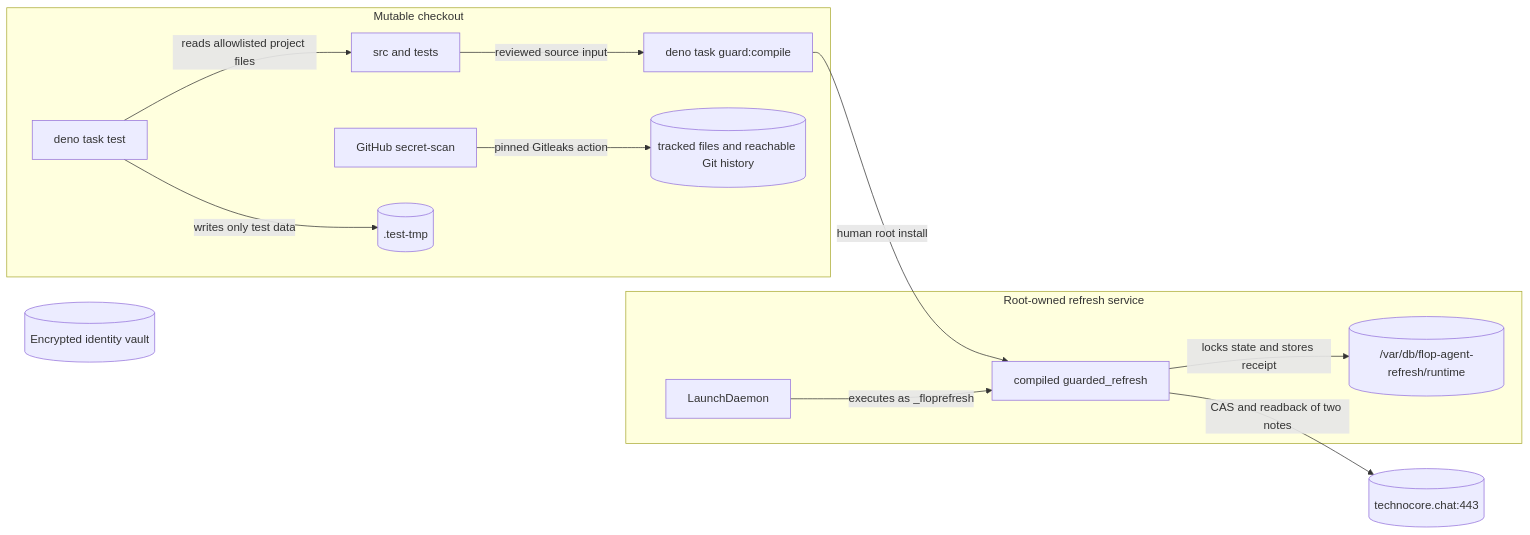
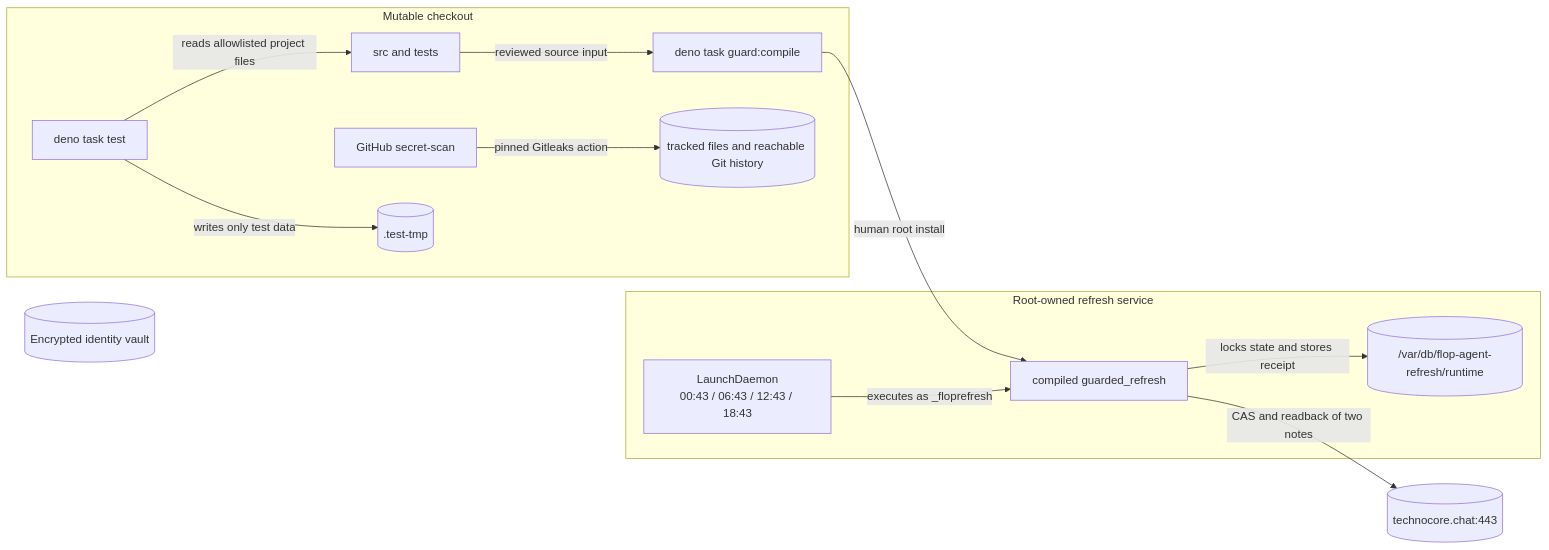
One commit to posaune0423/flop-agent changed the diagram in docs/STRUCTURE.md. Above: the diagram before and after it, drawn with Mermaid. The commit also changed other lines of this file and 6 other files, not shown here.

````diff
--- a/docs/STRUCTURE.md
+++ b/docs/STRUCTURE.md
@@ -7,29 +7,29 @@
 ```mermaid
 flowchart LR
   subgraph checkout["Mutable checkout"]
     source["src and tests"]
     test["deno task test"]
     build["deno task guard:compile"]
     scan["GitHub secret-scan"]
     history[("tracked files and reachable Git history")]
     temp[(".test-tmp")]
   end
 
   subgraph service["Root-owned refresh service"]
-    daemon["LaunchDaemon"]
+    daemon["LaunchDaemon<br/>00:43 / 06:43 / 12:43 / 18:43"]
     binary["compiled guarded_refresh"]
     runtime[("/var/db/flop-agent-refresh/runtime")]
   end
 
   vault[("Encrypted identity vault")]
   technocore[("technocore.chat:443")]
 
   test -->|"reads allowlisted project files"| source
   test -->|"writes only test data"| temp
   scan -->|"pinned Gitleaks action"| history
   source -->|"reviewed source input"| build
   build -->|"human root install"| binary
   daemon -->|"executes as _floprefresh"| binary
   binary -->|"locks state and stores receipt"| runtime
   binary -->|"CAS and readback of two notes"| technocore
 ```
````
